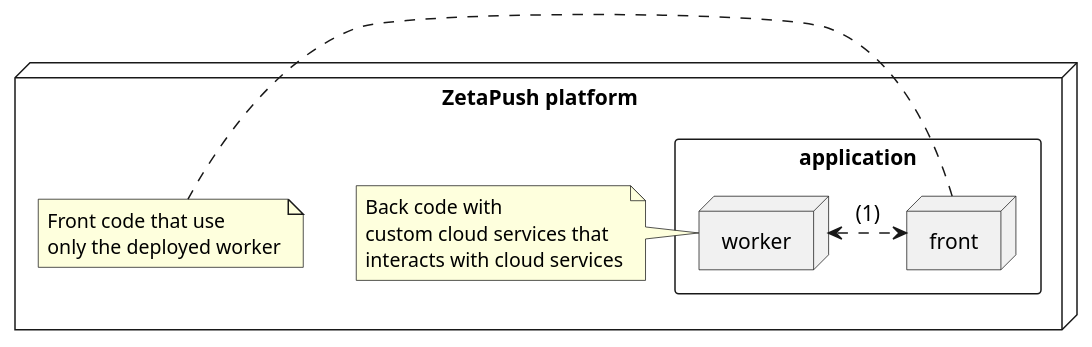
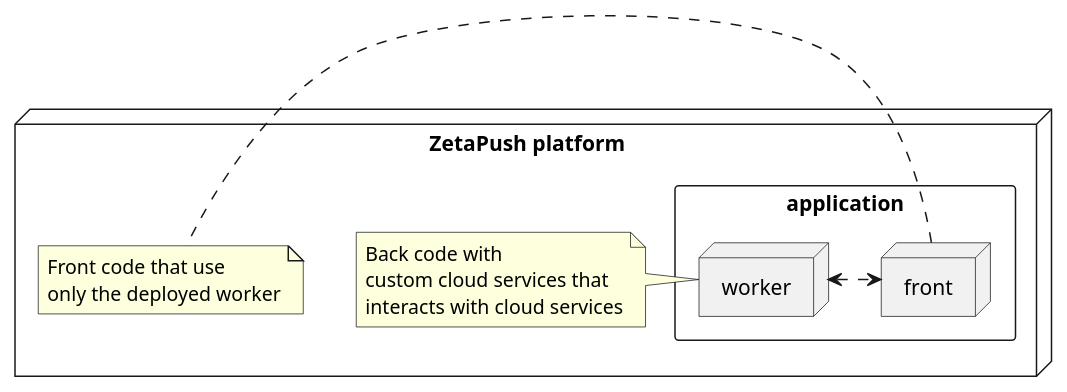
The diagram in src/docs/asciidoc/common/diagrams/architecture-custom-cloud-service-prod.adoc (zetapush/documentation), drawn with PlantUML before and after one commit. The commit also changed other lines of this file and 34 other files, not shown here.

```diff
--- a/src/docs/asciidoc/common/diagrams/architecture-custom-cloud-service-prod.adoc
+++ b/src/docs/asciidoc/common/diagrams/architecture-custom-cloud-service-prod.adoc
@@ -5,28 +5,28 @@
 [plantuml, custom-cloud-service-prod, png]     
 ....
 skinparam component {
 	ArrowFontName Impact
     ArrowFontColor Black
     ArrowFontSize 14
 }
 
 node "ZetaPush platform" {
     rectangle "application" {
         node "front"
         node "worker"
     }
 
     note left of [worker]
         Back code with
         custom cloud services that
         interacts with cloud services
     end note
 
     note right of [front]
         Front code that use
         only the deployed worker
     end note
 
-    [worker] <.> [front] : (1)
+    [worker] <.> [front]
 }
 ....
```
